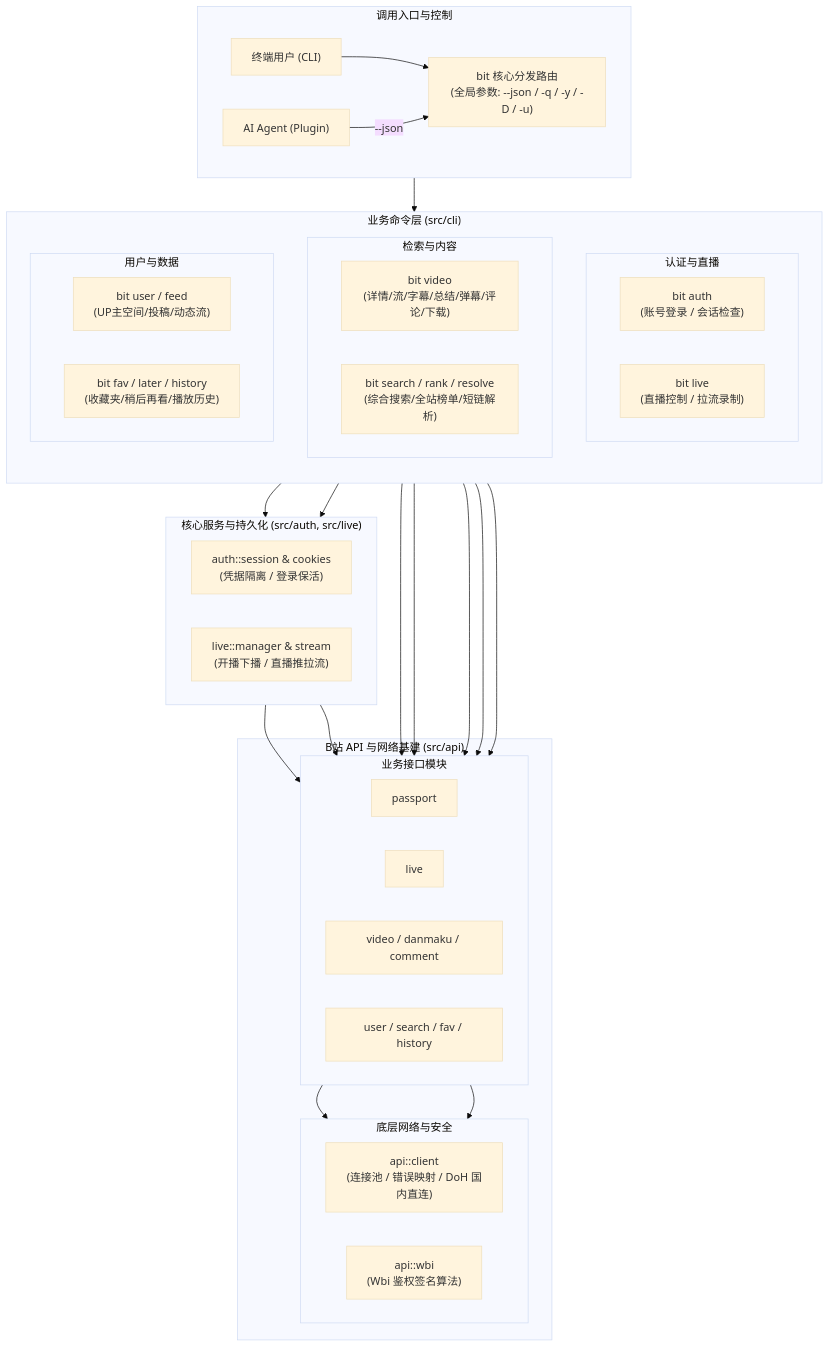
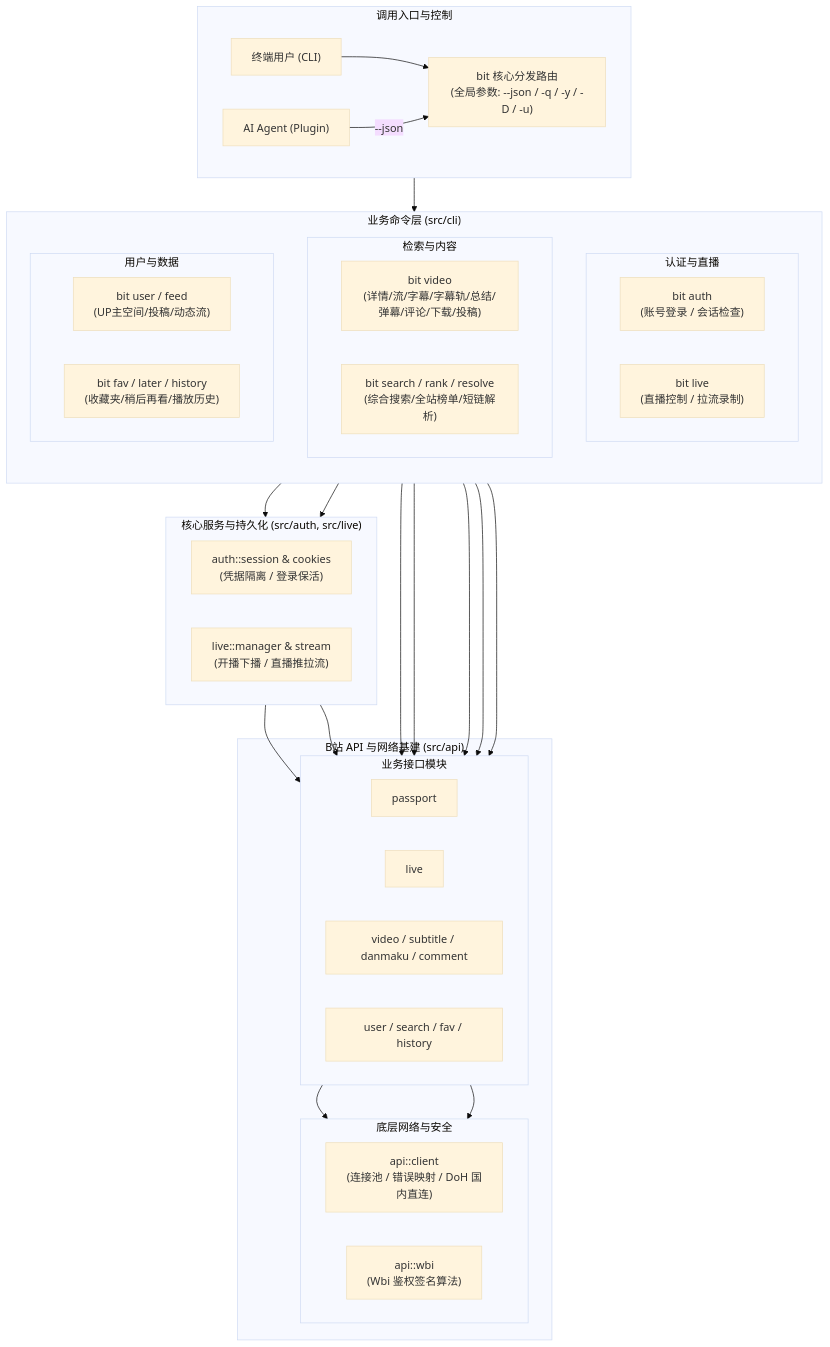
The diagram in README.md (qwerprog/bili-tools), drawn with Mermaid (base theme) before and after one commit. The commit also changed other lines of this file and 10 other files, not shown here.

````diff
--- a/README.md
+++ b/README.md
@@ -284,66 +289,66 @@
 ```mermaid
 flowchart TD
     subgraph IN ["调用入口与控制"]
         direction LR
         cli_u["终端用户 (CLI)"]
         agent_u["AI Agent (Plugin)"]
         router["bit 核心分发路由<br/>(全局参数: --json / -q / -y / -D / -u)"]
         cli_u --> router
         agent_u -- "--json" --> router
     end
 
     subgraph APP ["业务命令层 (src/cli)"]
         direction TB
         subgraph ROW1 ["认证与直播"]
             direction LR
             c_auth["bit auth<br/>(账号登录 / 会话检查)"]
             c_live["bit live<br/>(直播控制 / 拉流录制)"]
         end
         subgraph ROW2 ["检索与内容"]
             direction LR
-            c_video["bit video<br/>(详情/流/字幕/总结/弹幕/评论/下载)"]
+            c_video["bit video<br/>(详情/流/字幕/字幕轨/总结/弹幕/评论/下载/投稿)"]
             c_search["bit search / rank / resolve<br/>(综合搜索/全站榜单/短链解析)"]
         end
         subgraph ROW3 ["用户与数据"]
             direction LR
             c_user["bit user / feed<br/>(UP主空间/投稿/动态流)"]
             c_fav["bit fav / later / history<br/>(收藏夹/稍后再看/播放历史)"]
         end
     end
 
     subgraph CORE ["核心服务与持久化 (src/auth, src/live)"]
         direction LR
         s_auth["auth::session & cookies<br/>(凭据隔离 / 登录保活)"]
         s_live["live::manager & stream<br/>(开播下播 / 直播推拉流)"]
     end
 
     subgraph API ["B站 API 与网络基建 (src/api)"]
         subgraph API_BIZ ["业务接口模块"]
             direction LR
             a_passport["passport"]
             a_live["live"]
-            a_video["video / danmaku / comment"]
+            a_video["video / subtitle / danmaku / comment"]
             a_user["user / search / fav / history"]
         end
         subgraph API_NET ["底层网络与安全"]
             direction LR
             a_client["api::client<br/>(连接池 / 错误映射 / DoH 国内直连)"]
             a_wbi["api::wbi<br/>(Wbi 鉴权签名算法)"]
         end
     end
 
     router --> APP
     c_auth --> s_auth
     c_live --> s_live
 
     s_auth --> a_passport
     s_live --> a_live
     c_video --> a_video
     c_search --> a_video
     c_search --> a_user
     c_user --> a_user
     c_fav --> a_user
 
     API_BIZ --> a_client
     API_BIZ --> a_wbi
 ```
````
